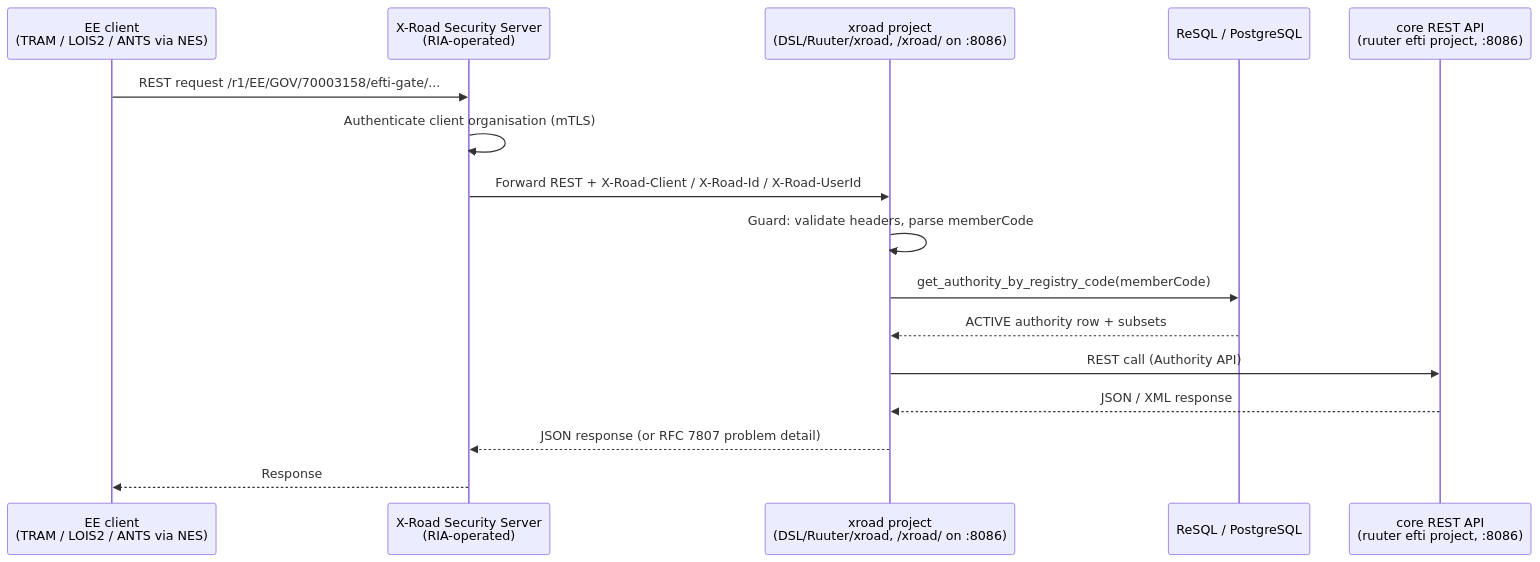
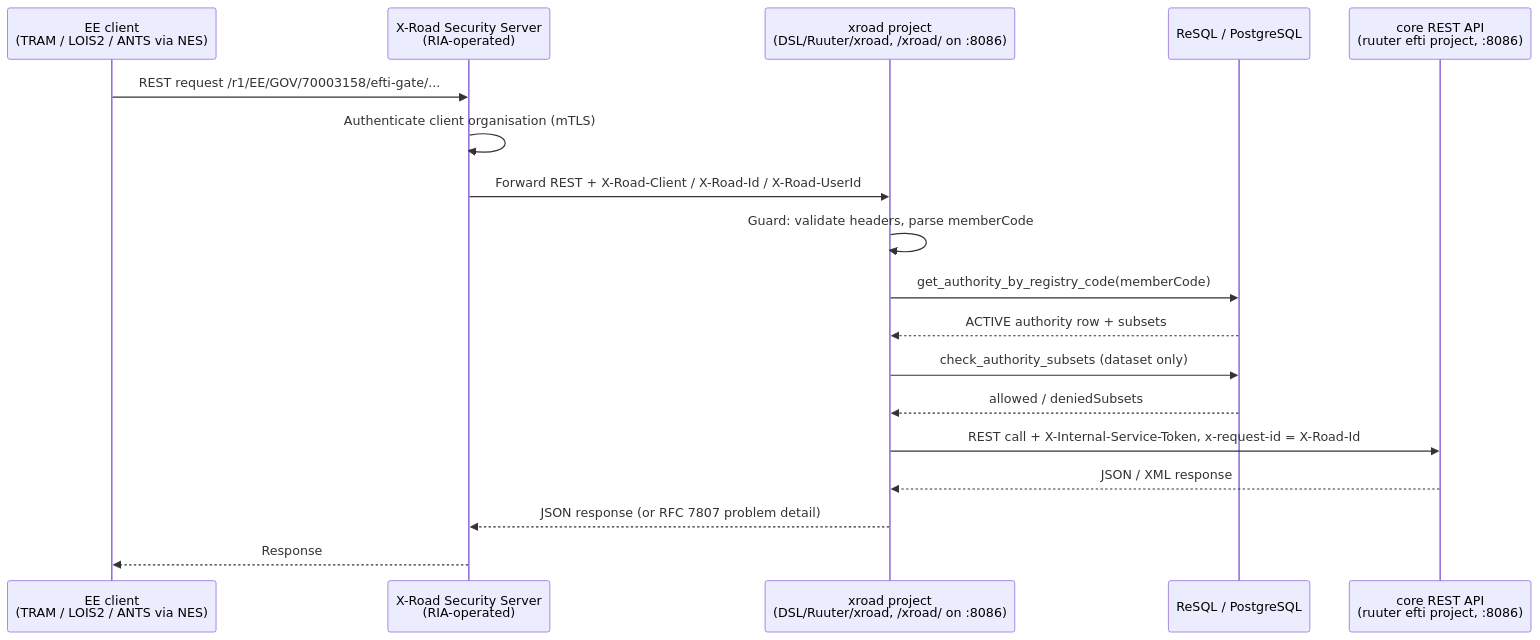
Before and after one commit to kemit-ee/efti-gate-ee: the diagram in docs/architecture/integrations/x_road_integration.md, drawn with Mermaid. The commit also changed other lines of this file and 21 other files, not shown here.

Commit message:
x-road: forward authority operations to core, enforce subsets, add vehicle lookup

````diff
--- a/docs/architecture/integrations/x_road_integration.md
+++ b/docs/architecture/integrations/x_road_integration.md
@@ -22,18 +22,20 @@
 ```mermaid
 sequenceDiagram
     participant Client as EE client<br/>(TRAM / LOIS2 / ANTS via NES)
     participant SS as X-Road Security Server<br/>(RIA-operated)
     participant Adapter as xroad project<br/>(DSL/Ruuter/xroad, /xroad/ on :8086)
     participant Resql as ReSQL / PostgreSQL
     participant Core as core REST API<br/>(ruuter efti project, :8086)
     Client->>SS: REST request /r1/EE/GOV/70003158/efti-gate/...
     SS->>SS: Authenticate client organisation (mTLS)
     SS->>Adapter: Forward REST + X-Road-Client / X-Road-Id / X-Road-UserId
     Adapter->>Adapter: Guard: validate headers, parse memberCode
     Adapter->>Resql: get_authority_by_registry_code(memberCode)
     Resql-->>Adapter: ACTIVE authority row + subsets
-    Adapter->>Core: REST call (Authority API)
+    Adapter->>Resql: check_authority_subsets (dataset only)
+    Resql-->>Adapter: allowed / deniedSubsets
+    Adapter->>Core: REST call + X-Internal-Service-Token, x-request-id = X-Road-Id
     Core-->>Adapter: JSON / XML response
     Adapter-->>SS: JSON response (or RFC 7807 problem detail)
     SS-->>Client: Response
 ```
````
